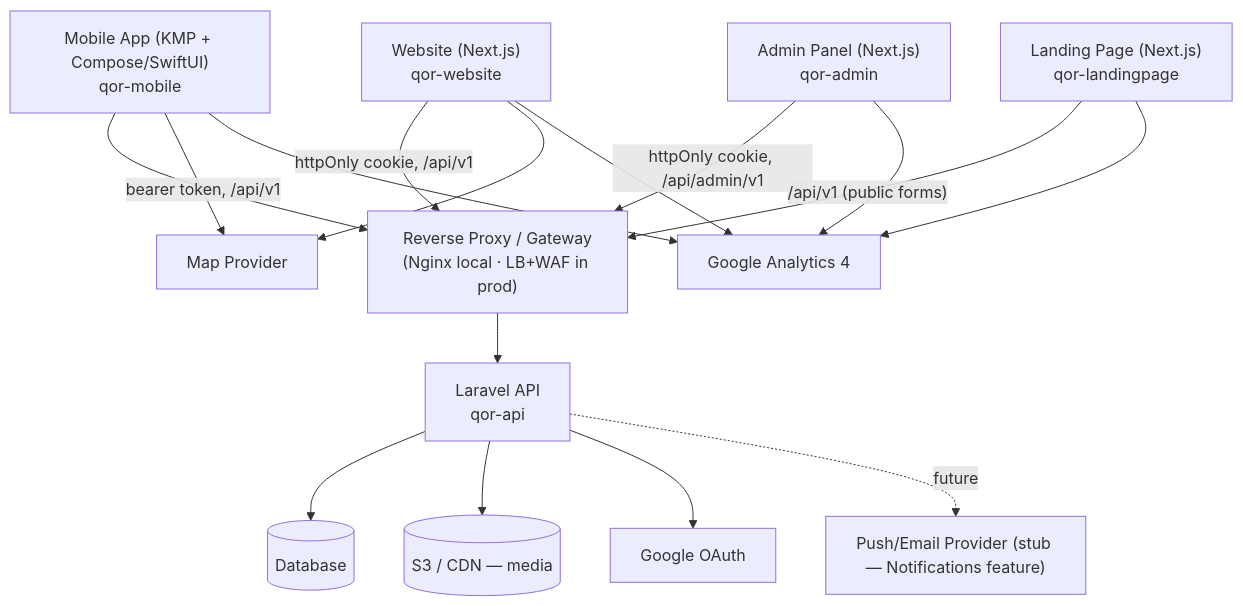
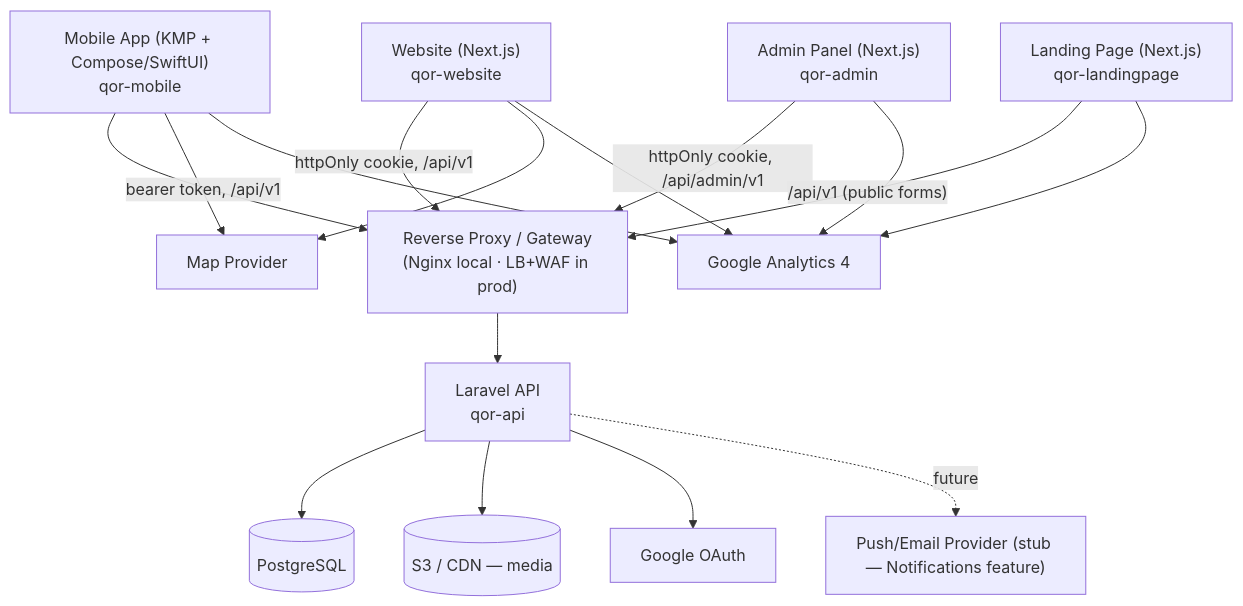
Before and after one commit to derlandyb/QOR: the first of 3 diagrams in .specs/project/ARCHITECTURE.md, drawn with Mermaid. The commit also changed other lines of this file, not shown here.

Commit message:
docs: confirm PostgreSQL as the database in ARCHITECTURE.md

````diff
--- a/.specs/project/ARCHITECTURE.md
+++ b/.specs/project/ARCHITECTURE.md
@@ -12,31 +12,31 @@
 ```mermaid
 graph TD
     Mobile["Mobile App (KMP + Compose/SwiftUI)<br/>qor-mobile"]
     Website["Website (Next.js)<br/>qor-website"]
     Admin["Admin Panel (Next.js)<br/>qor-admin"]
     Landing["Landing Page (Next.js)<br/>qor-landingpage"]
     Gateway["Reverse Proxy / Gateway<br/>(Nginx local · LB+WAF in prod)"]
     API["Laravel API<br/>qor-api"]
-    DB[("Database")]
+    DB[("PostgreSQL")]
     S3[("S3 / CDN — media")]
     Google["Google OAuth"]
     Maps["Map Provider"]
     Push["Push/Email Provider (stub — Notifications feature)"]
     GA4["Google Analytics 4"]
 
     Mobile -->|"bearer token, /api/v1"| Gateway
     Website -->|"httpOnly cookie, /api/v1"| Gateway
     Admin -->|"httpOnly cookie, /api/admin/v1"| Gateway
     Landing -->|"/api/v1 (public forms)"| Gateway
     Gateway --> API
     API --> DB
     API --> S3
     API --> Google
     Mobile --> Maps
     Website --> Maps
     API -.->|"future"| Push
     Mobile --> GA4
     Website --> GA4
     Admin --> GA4
     Landing --> GA4
 ```
````
